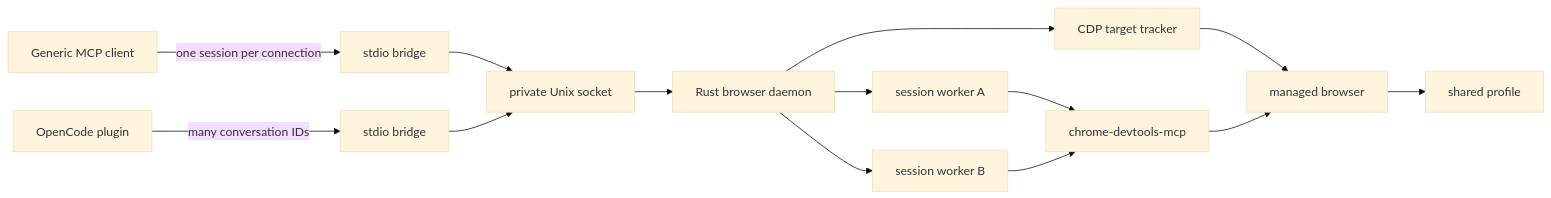
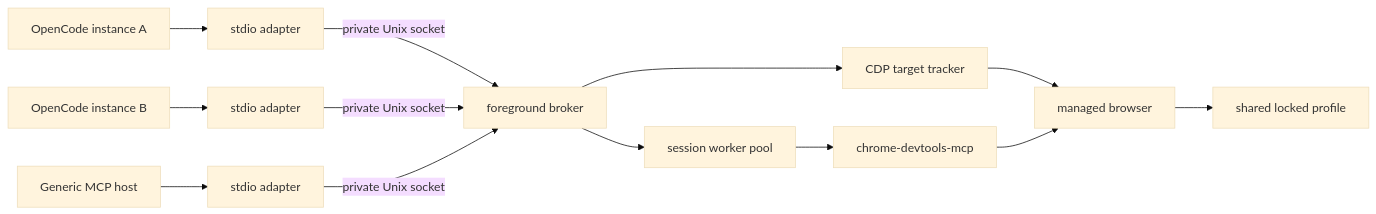
The diagram in README.md (mirsella/browser-mcp), drawn with Mermaid (base theme) before and after one commit. The commit also changed other lines of this file and 11 other files, not shown here.

Commit message:
feat: add explicit shared browser broker

````diff
--- a/README.md
+++ b/README.md
@@ -242,16 +250,15 @@
 ```mermaid
 flowchart LR
-    G[Generic MCP client] -->|one session per connection| GB[stdio bridge]
-    O[OpenCode plugin] -->|many conversation IDs| OB[stdio bridge]
-    GB --> S[private Unix socket]
-    OB --> S
-    S --> D[Rust browser daemon]
-    D --> T[CDP target tracker]
-    D --> W1[session worker A]
-    D --> W2[session worker B]
-    W1 --> C[chrome-devtools-mcp]
-    W2 --> C
+    O1[OpenCode instance A] --> A1[stdio adapter]
+    O2[OpenCode instance B] --> A2[stdio adapter]
+    G[Generic MCP host] --> A3[stdio adapter]
+    A1 -->|private Unix socket| R[foreground broker]
+    A2 -->|private Unix socket| R
+    A3 -->|private Unix socket| R
+    R --> T[CDP target tracker]
+    R --> W[session worker pool]
+    W --> C[chrome-devtools-mcp]
     T --> B[managed browser]
     C --> B
-    B --> P[shared profile]
+    B --> P[shared locked profile]
 ```
````
